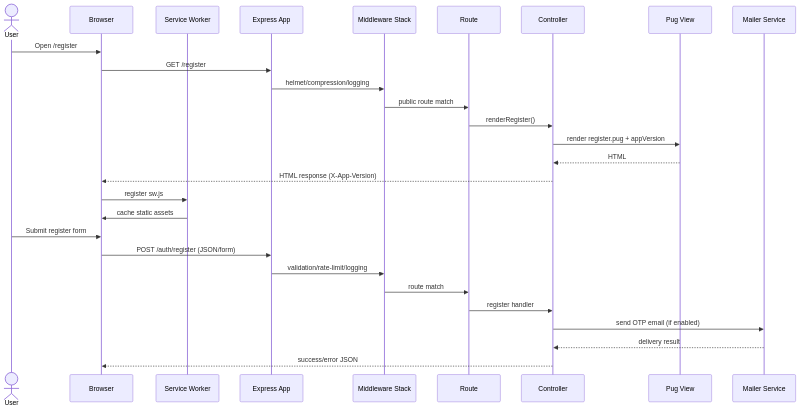
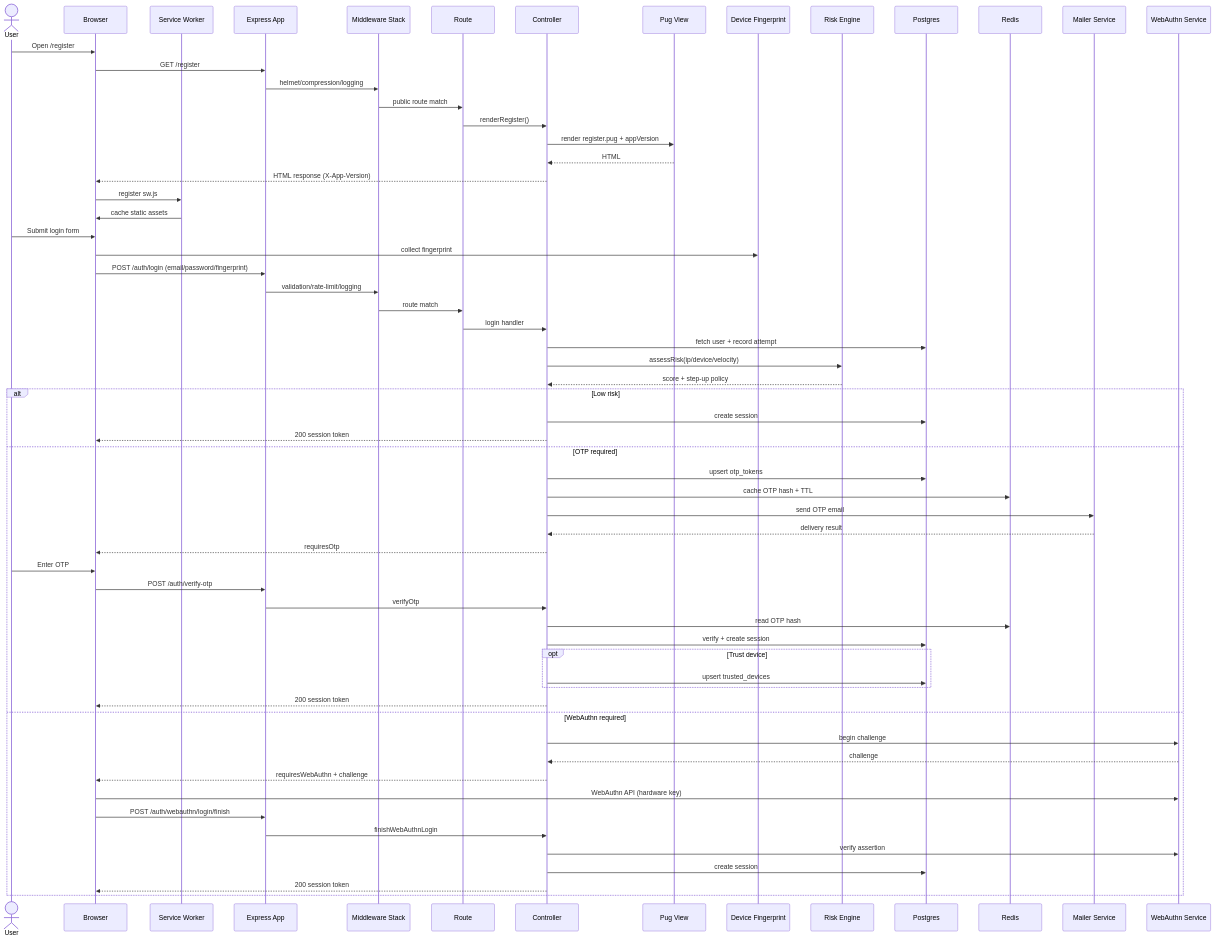
Before and after one commit to CEPHAS20K/SSR-Secure-login-framework: the second of 2 diagrams in README.md, drawn with Mermaid. The commit also changed other lines of this file and 2 other files, not shown here.

Commit message:
Update UML and sequence diagrams for auth security

````diff
--- a/README.md
+++ b/README.md
@@ -114,32 +160,67 @@
 ```mermaid
 sequenceDiagram
 actor U as User
 participant B as Browser
 participant SW as Service Worker
 participant A as Express App
 participant M as Middleware Stack
 participant R as Route
 participant C as Controller
 participant V as Pug View
+participant D as Device Fingerprint
+participant K as Risk Engine
+participant P as Postgres
+participant X as Redis
 participant S as Mailer Service
+participant W as WebAuthn Service
 
 U->>B: Open /register
 B->>A: GET /register
 A->>M: helmet/compression/logging
 M->>R: public route match
 R->>C: renderRegister()
 C->>V: render register.pug + appVersion
 V-->>C: HTML
 C-->>B: HTML response (X-App-Version)
 B->>SW: register sw.js
 SW->>B: cache static assets
 
-U->>B: Submit register form
-B->>A: POST /auth/register (JSON/form)
+U->>B: Submit login form
+B->>D: collect fingerprint
+B->>A: POST /auth/login (email/password/fingerprint)
 A->>M: validation/rate-limit/logging
 M->>R: route match
-R->>C: register handler
-C->>S: send OTP email (if enabled)
-S-->>C: delivery result
-C-->>B: success/error JSON
+R->>C: login handler
+C->>P: fetch user + record attempt
+C->>K: assessRisk(ip/device/velocity)
+K-->>C: score + step-up policy
+alt Low risk
+  C->>P: create session
+  C-->>B: 200 session token
+else OTP required
+  C->>P: upsert otp_tokens
+  C->>X: cache OTP hash + TTL
+  C->>S: send OTP email
+  S-->>C: delivery result
+  C-->>B: requiresOtp
+  U->>B: Enter OTP
+  B->>A: POST /auth/verify-otp
+  A->>C: verifyOtp
+  C->>X: read OTP hash
+  C->>P: verify + create session
+  opt Trust device
+    C->>P: upsert trusted_devices
+  end
+  C-->>B: 200 session token
+else WebAuthn required
+  C->>W: begin challenge
+  W-->>C: challenge
+  C-->>B: requiresWebAuthn + challenge
+  B->>W: WebAuthn API (hardware key)
+  B->>A: POST /auth/webauthn/login/finish
+  A->>C: finishWebAuthnLogin
+  C->>W: verify assertion
+  C->>P: create session
+  C-->>B: 200 session token
+end
 ```
````
